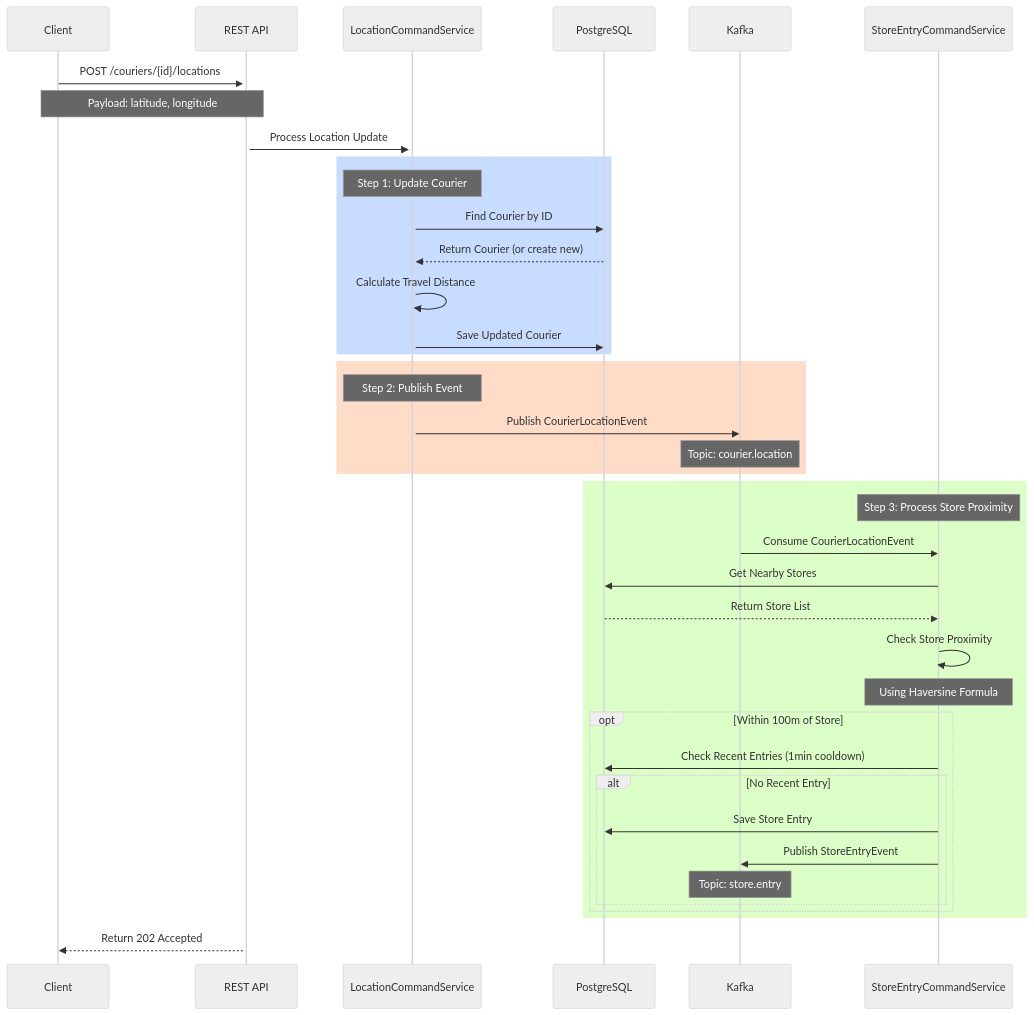
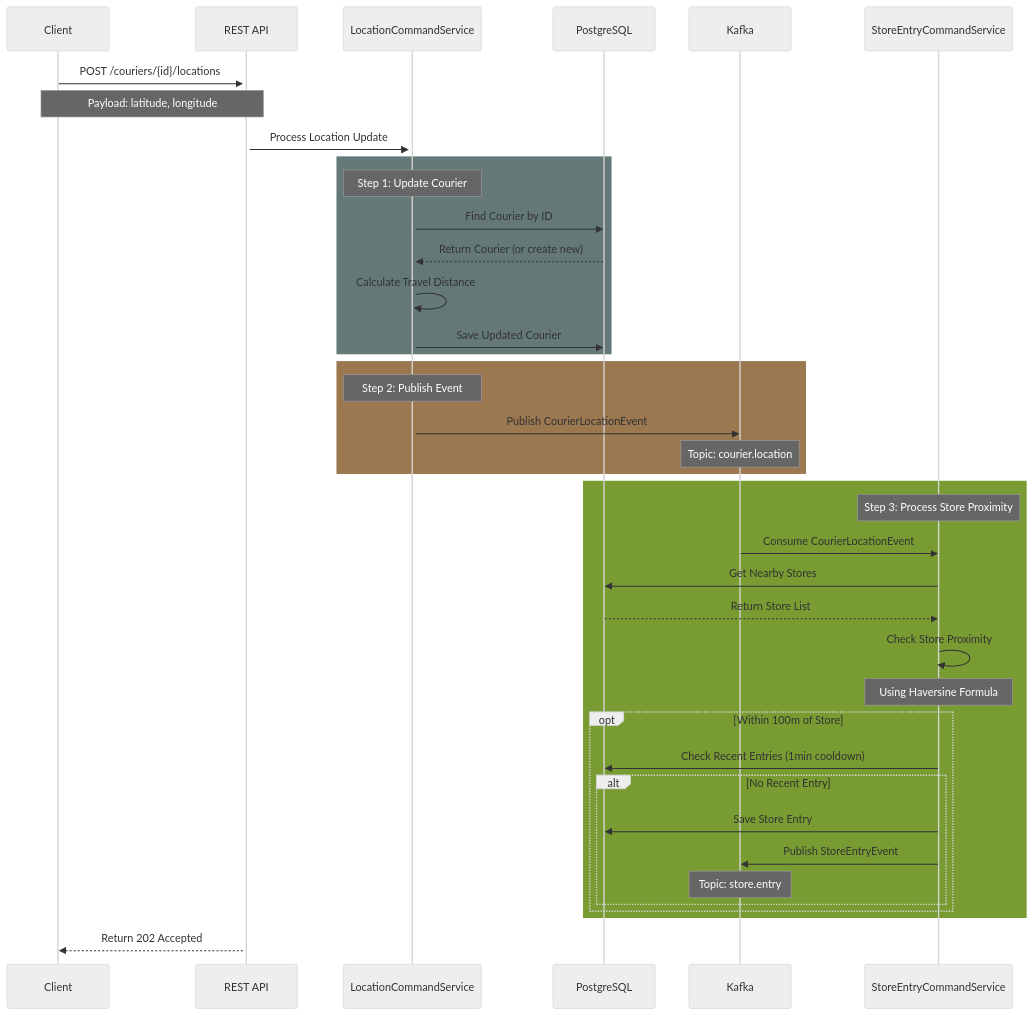
Before and after one commit to MelihCelik00/courier-tracking-system: the diagram in docs/location-event-lifecycle.md, drawn with Mermaid (neutral theme). The commit also changed 14 other files, not shown here.

````diff
--- a/docs/location-event-lifecycle.md
+++ b/docs/location-event-lifecycle.md
@@ -4,48 +4,48 @@
 ```mermaid
 sequenceDiagram
     participant Client
     participant API as REST API
     participant LCS as LocationCommandService
     participant DB as PostgreSQL
     participant Kafka
     participant SEC as StoreEntryCommandService
 
     Client->>+API: POST /couriers/{id}/locations
     Note over Client,API: Payload: latitude, longitude
 
     API->>+LCS: Process Location Update
     
-    rect rgb(200, 220, 255)
+    rect rgb(100, 120, 120)
         Note over LCS: Step 1: Update Courier
         LCS->>DB: Find Courier by ID
         DB-->>LCS: Return Courier (or create new)
         LCS->>LCS: Calculate Travel Distance
         LCS->>DB: Save Updated Courier
     end
 
-    rect rgb(255, 220, 200)
+    rect rgb(155, 120, 80)
         Note over LCS: Step 2: Publish Event
         LCS->>Kafka: Publish CourierLocationEvent
         Note over Kafka: Topic: courier.location
     end
 
-    rect rgb(220, 255, 200)
+    rect rgb(120, 155, 50)
         Note over SEC: Step 3: Process Store Proximity
         Kafka->>SEC: Consume CourierLocationEvent
         SEC->>DB: Get Nearby Stores
         DB-->>SEC: Return Store List
         SEC->>SEC: Check Store Proximity
         Note over SEC: Using Haversine Formula
         
         opt Within 100m of Store
             SEC->>DB: Check Recent Entries (1min cooldown)
             alt No Recent Entry
                 SEC->>DB: Save Store Entry
                 SEC->>Kafka: Publish StoreEntryEvent
                 Note over Kafka: Topic: store.entry
             end
         end
     end
 
     API-->>Client: Return 202 Accepted
 ```
````
